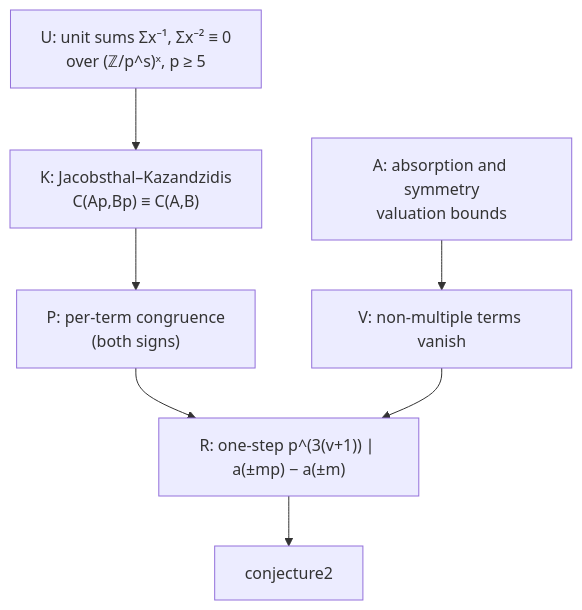
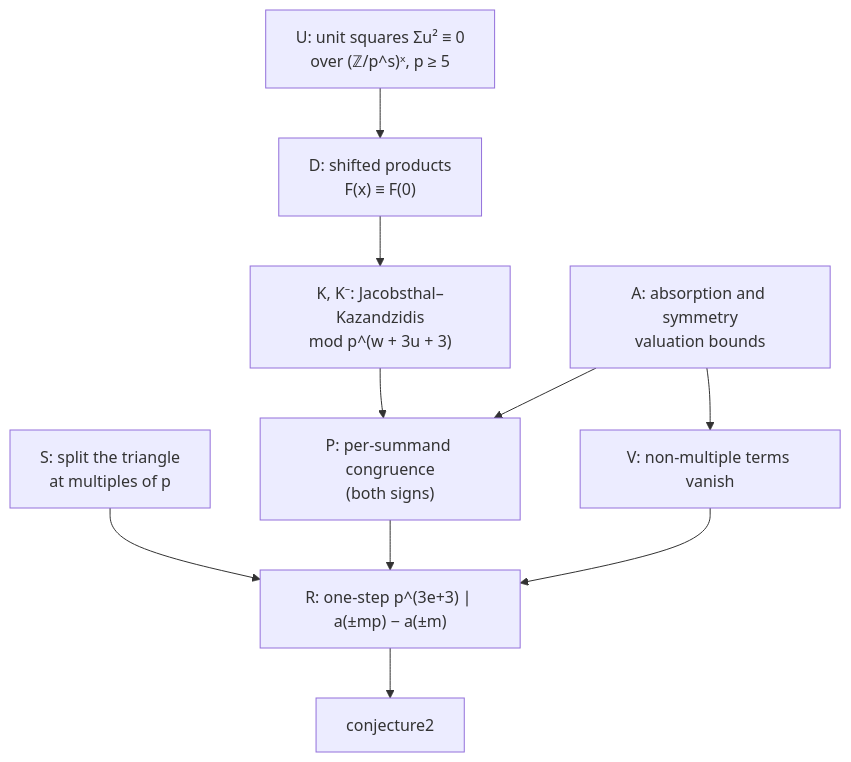
One commit to jackburrus/breakthroughs changed the diagram in problems/oeis-a141057/PRD.md. Above: the diagram before and after it, drawn with Mermaid. The commit also changed other lines of this file and 15 other files, not shown here.

````diff
--- a/problems/oeis-a141057/PRD.md
+++ b/problems/oeis-a141057/PRD.md
@@ -74,9 +74,12 @@
 ```mermaid
 flowchart TD
-  U["U: unit sums Σx⁻¹, Σx⁻² ≡ 0<br/>over (ℤ/p^s)ˣ, p ≥ 5"] --> K["K: Jacobsthal–Kazandzidis<br/>C(Ap,Bp) ≡ C(A,B)"]
-  K --> P["P: per-term congruence<br/>(both signs)"]
+  U["U: unit squares Σu² ≡ 0<br/>over (ℤ/p^s)ˣ, p ≥ 5"] --> D["D: shifted products<br/>F(x) ≡ F(0)"]
+  D --> K["K, K⁻: Jacobsthal–Kazandzidis<br/>mod p^(w + 3u + 3)"]
+  K --> P["P: per-summand congruence<br/>(both signs)"]
   A["A: absorption and symmetry<br/>valuation bounds"] --> V["V: non-multiple terms vanish"]
-  P --> R["R: one-step p^(3(v+1)) ∣ a(±mp) − a(±m)"]
+  A --> P
+  S["S: split the triangle<br/>at multiples of p"] --> R
+  P --> R["R: one-step p^(3e+3) ∣ a(±mp) − a(±m)"]
   V --> R
   R --> M[conjecture2]
 ```
````
